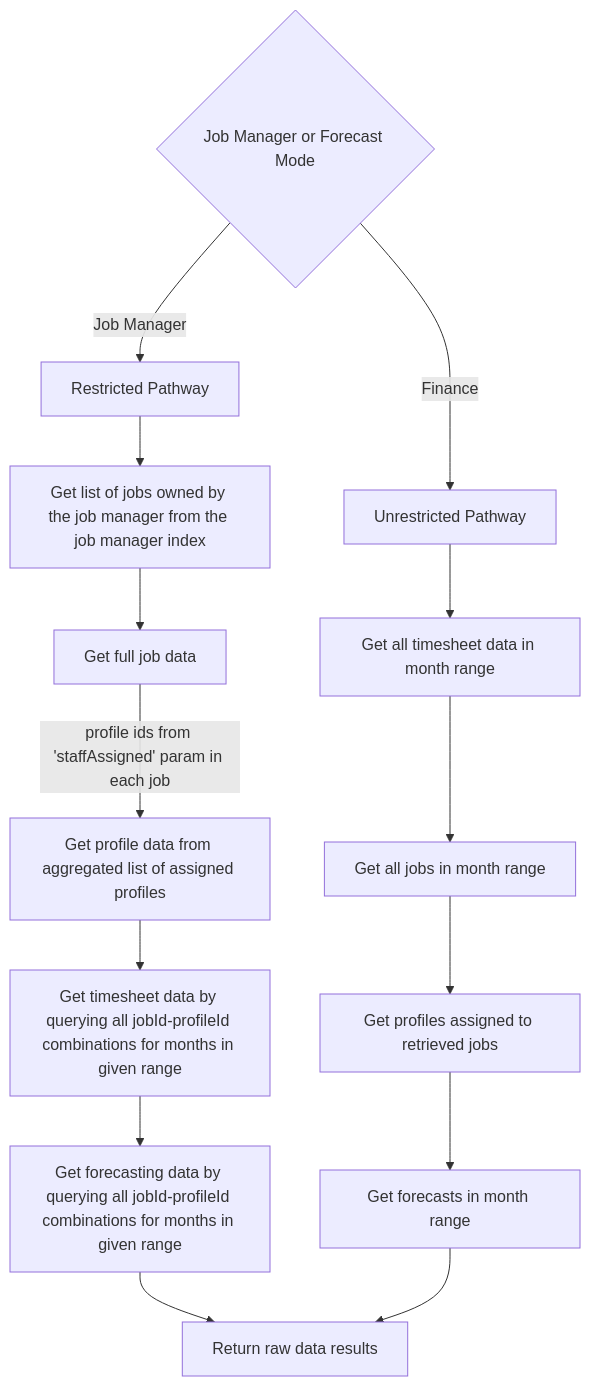
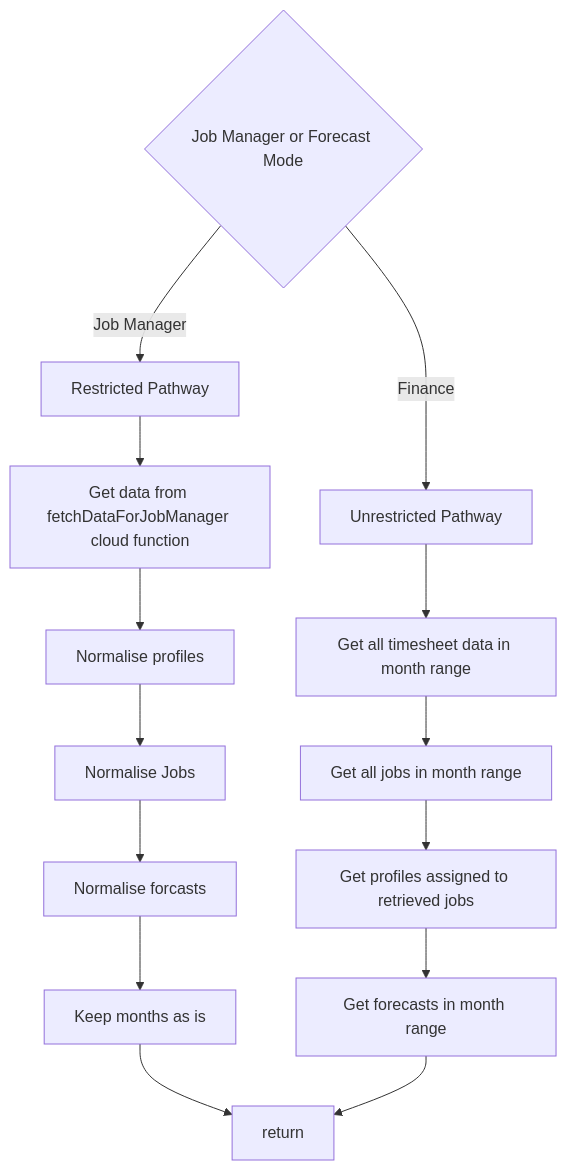
Before and after one commit to MiddlewareNewZealand/dashboard-doc: the diagram in docs/clientside-data/Systems/Forecasting/Api.md, drawn with Mermaid. The commit also changed other lines of this file and 4 other files, not shown here.

First line of the commit message:
Job manager cloud function update

````diff
--- a/docs/clientside-data/Systems/Forecasting/Api.md
+++ b/docs/clientside-data/Systems/Forecasting/Api.md
@@ -13,18 +13,18 @@
 ```mermaid
     graph TD;
 
     entry{Job Manager or Forecast Mode} --Job Manager--> restricted[Restricted Pathway]
-    restricted --> index[Get list of jobs owned by the job manager from the job manager index]
-    index --> jobs[Get full job data]
-    jobs --profile ids from 'staffAssigned' param in each job--> profiles[Get profile data from aggregated list of assigned profiles]
-    profiles --> months[Get timesheet data by querying all jobId-profileId combinations for months in given range]
-    months --> forecasting[Get forecasting data by querying all jobId-profileId combinations for months in given range]
-    forecasting --> return[Return raw data results]
+    restricted --> index[Get data from fetchDataForJobManager cloud function]
+    index --> profiles[Normalise profiles]
+    profiles --> jobs[Normalise Jobs]
+    jobs --> forecasts[Normalise forcasts]
+    forecasts --> months[Keep months as is]
+    months --> return
 
     entry --Finance--> unrestricted[Unrestricted Pathway]
     unrestricted --> urmonths[Get all timesheet data in month range]
     urmonths --> urjobs[Get all jobs in month range]
     urjobs --> urprofiles[Get profiles assigned to retrieved jobs]
     urprofiles --> urforecasts[Get forecasts in month range]
     urforecasts --> return
 ```
````
